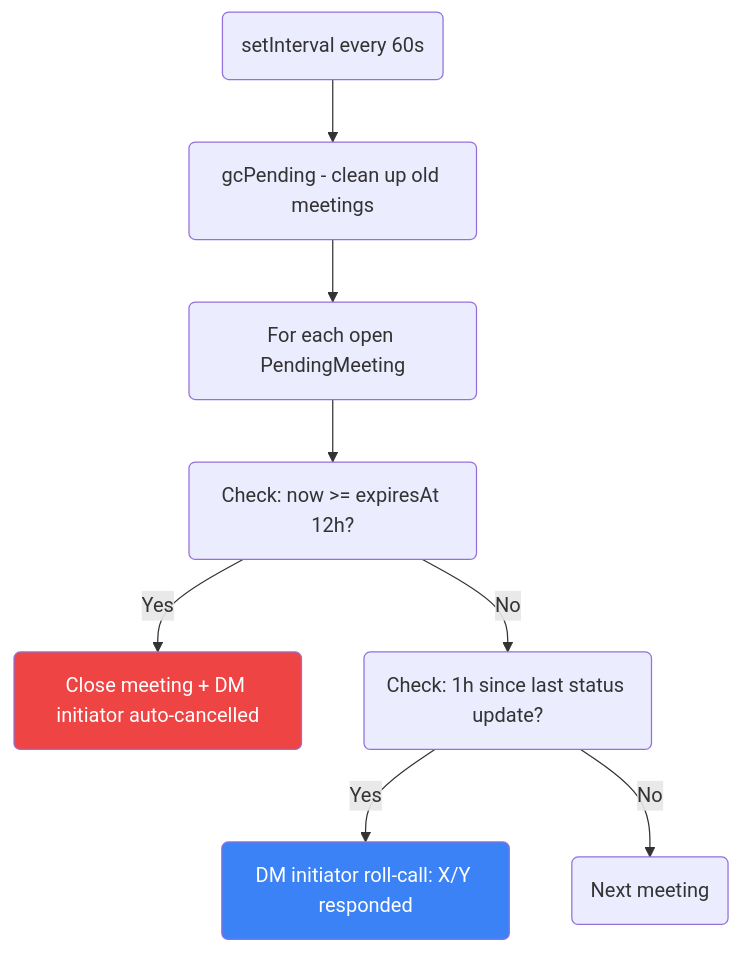
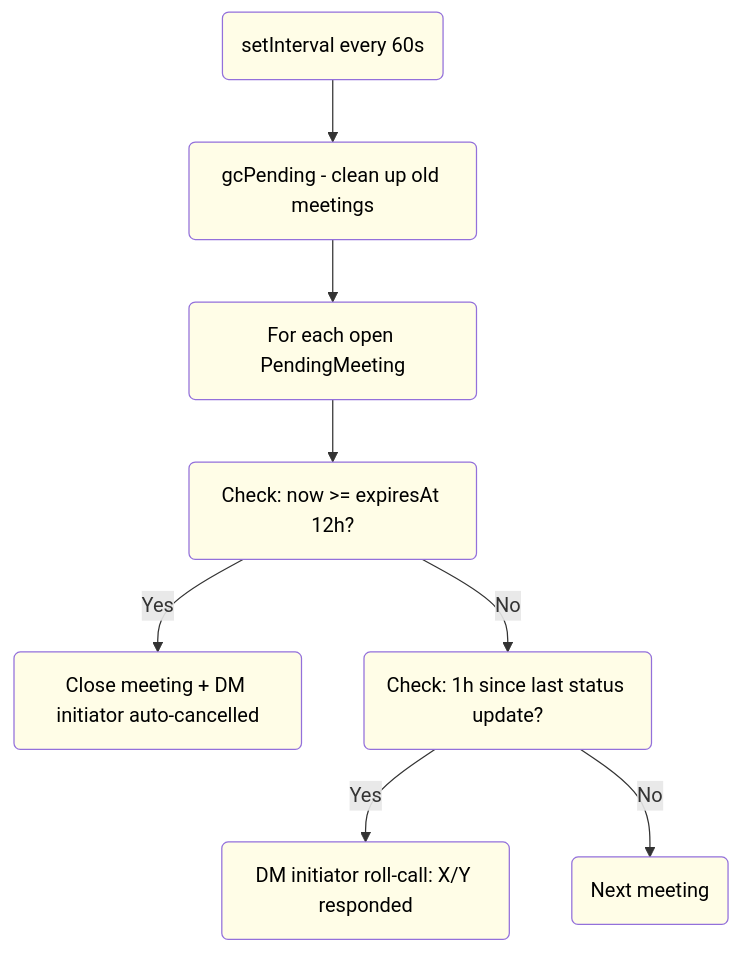
The sixth of 13 diagrams in README.md (javana3/claw_meeting_all), drawn with Mermaid before and after one commit. The commit also changed other lines of this file, not shown here.

Commit message:
Replace all mermaid diagram colors with light yellow (#fffde7)

````diff
--- a/README.md
+++ b/README.md
@@ -163,13 +195,19 @@
 ```mermaid
 graph TD
     TICK(setInterval every 60s) --> GC(gcPending - clean up old meetings)
     GC --> LOOP(For each open PendingMeeting)
     LOOP --> EXP(Check: now >= expiresAt 12h?)
     EXP -->|Yes| CLOSE(Close meeting + DM initiator auto-cancelled)
     EXP -->|No| STATUS(Check: 1h since last status update?)
     STATUS -->|Yes| DM(DM initiator roll-call: X/Y responded)
     STATUS -->|No| NEXT(Next meeting)
 
-    style CLOSE fill:#ef4444,color:#fff
-    style DM fill:#3b82f6,color:#fff
+    style CLOSE fill:#fffde7,color:#000
+    style DM fill:#fffde7,color:#000
+    style TICK fill:#fffde7,color:#000
+    style GC fill:#fffde7,color:#000
+    style LOOP fill:#fffde7,color:#000
+    style EXP fill:#fffde7,color:#000
+    style STATUS fill:#fffde7,color:#000
+    style NEXT fill:#fffde7,color:#000
 ```
````
